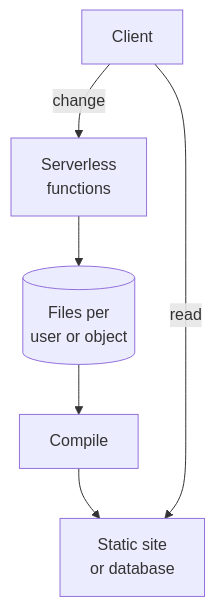
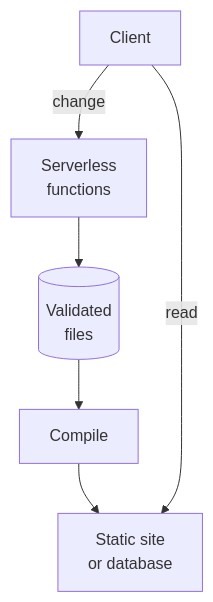
The diagram in README.md (bristweb/yafidb), drawn with Mermaid before and after one commit. The commit also changed other lines of this file and 2 other files, not shown here.

Commit message:
Explain validate-then-write: Validated files label, How writes stay valid, models section

````diff
--- a/README.md
+++ b/README.md
@@ -9,9 +9,9 @@
 ```mermaid
 flowchart TB
     C[Client]
     C -->|change| W[Serverless<br/>functions]
-    W --> F[(Files per<br/>user or object)]
+    W --> F[(Validated<br/>files)]
     F --> K[Compile]
     K --> S[Static site<br/>or database]
     C -->|read| S
 ```
````
